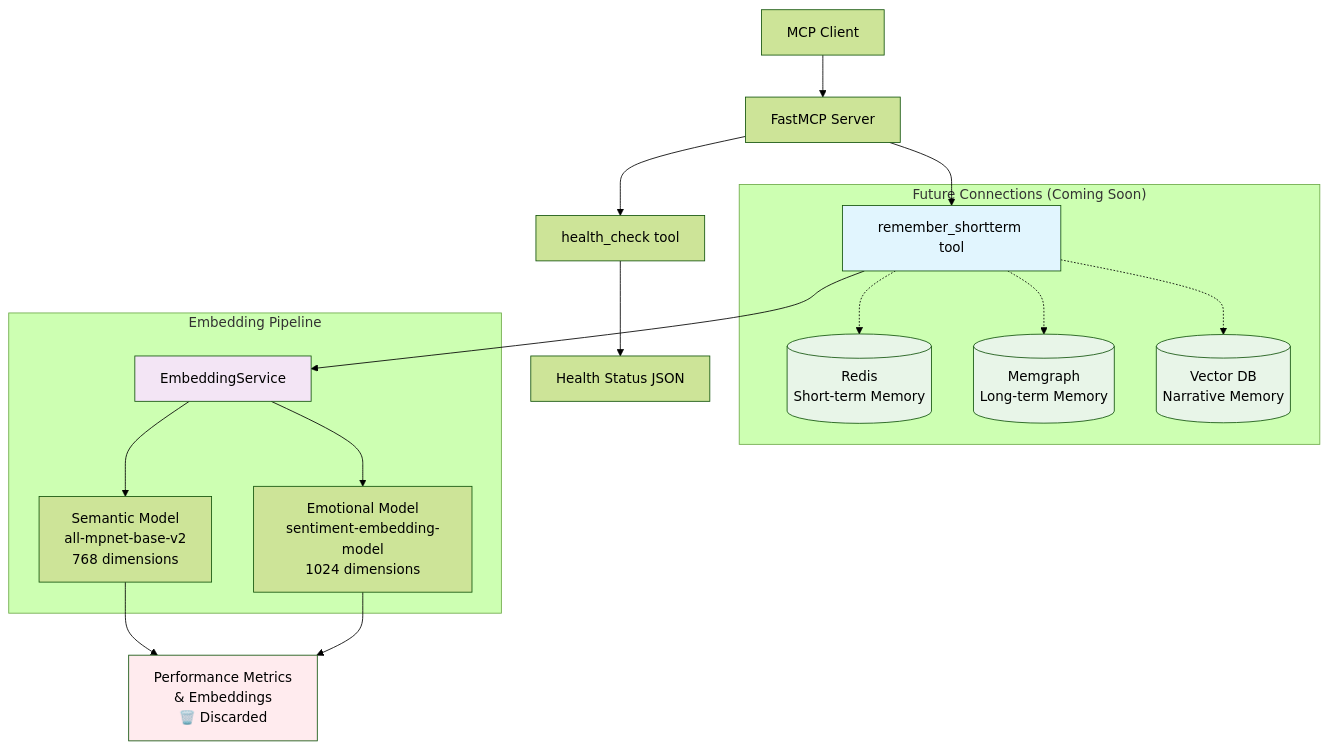
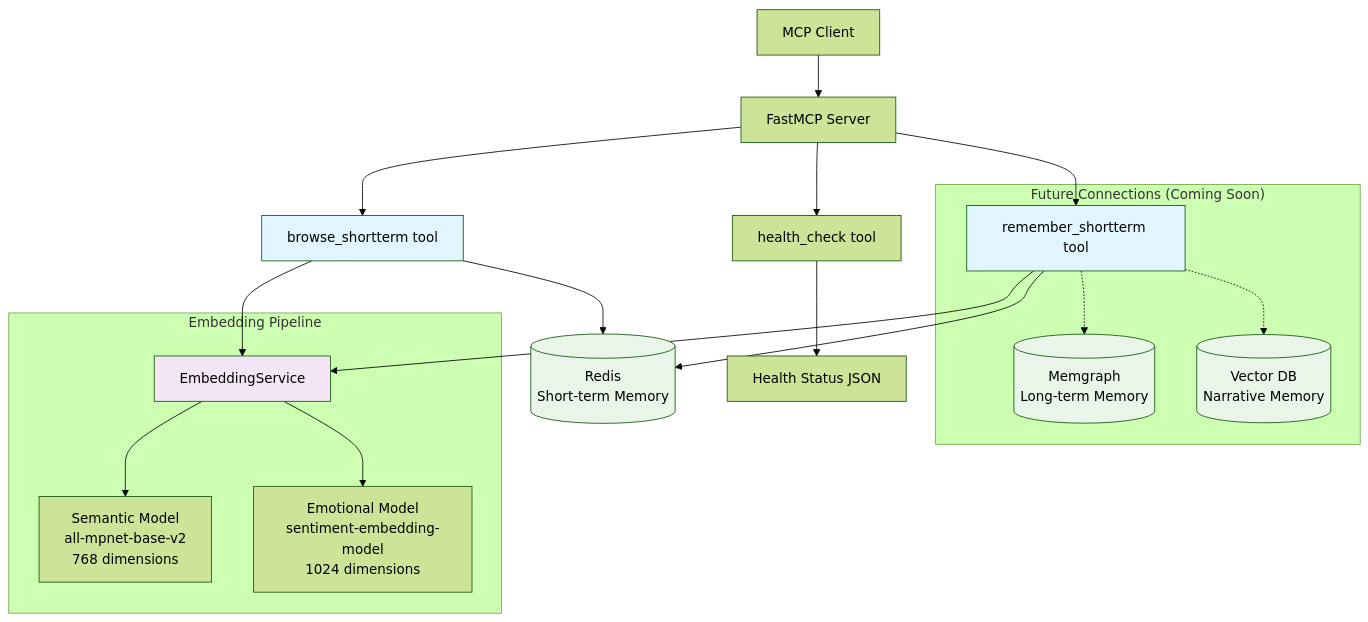
One commit to jefferyharrell/alpha_recall changed the diagram in CLAUDE.md. Above: the diagram before and after it, drawn with Mermaid (forest theme). The commit also changed other lines of this file and 8 other files, not shown here.

First line of the commit message:
refactor: implement one-tool-per-module architecture for improved maintainability

````diff
--- a/CLAUDE.md
+++ b/CLAUDE.md
@@ -131,35 +131,36 @@
 ```mermaid
 graph TD
     Client[MCP Client] --> Server[FastMCP Server]
 
     Server --> Health[health_check tool]
     Server --> Memory[remember_shortterm tool]
+    Server --> Browse[browse_shortterm tool]
 
     Memory --> EmbedSvc[EmbeddingService]
+    Browse --> EmbedSvc
     EmbedSvc --> Semantic[Semantic Model<br/>all-mpnet-base-v2<br/>768 dimensions]
     EmbedSvc --> Emotional[Emotional Model<br/>sentiment-embedding-model<br/>1024 dimensions]
 
-    Semantic --> Output[Performance Metrics<br/>& Embeddings<br/>🗑️ Discarded]
-    Emotional --> Output
+    Memory --> Redis[(Redis<br/>Short-term Memory)]
+    Browse --> Redis
 
     Health --> Status[Health Status JSON]
 
     subgraph "Future Connections (Coming Soon)"
-        Memory -.-> Redis[(Redis<br/>Short-term Memory)]
         Memory -.-> Memgraph[(Memgraph<br/>Long-term Memory)]
         Memory -.-> Vector[(Vector DB<br/>Narrative Memory)]
     end
 
     subgraph "Embedding Pipeline"
         EmbedSvc
         Semantic
         Emotional
     end
 
     style Memory fill:#e1f5fe
+    style Browse fill:#e1f5fe
     style EmbedSvc fill:#f3e5f5
-    style Output fill:#ffebee
     style Redis fill:#e8f5e8
     style Memgraph fill:#e8f5e8
     style Vector fill:#e8f5e8
 ```
````
